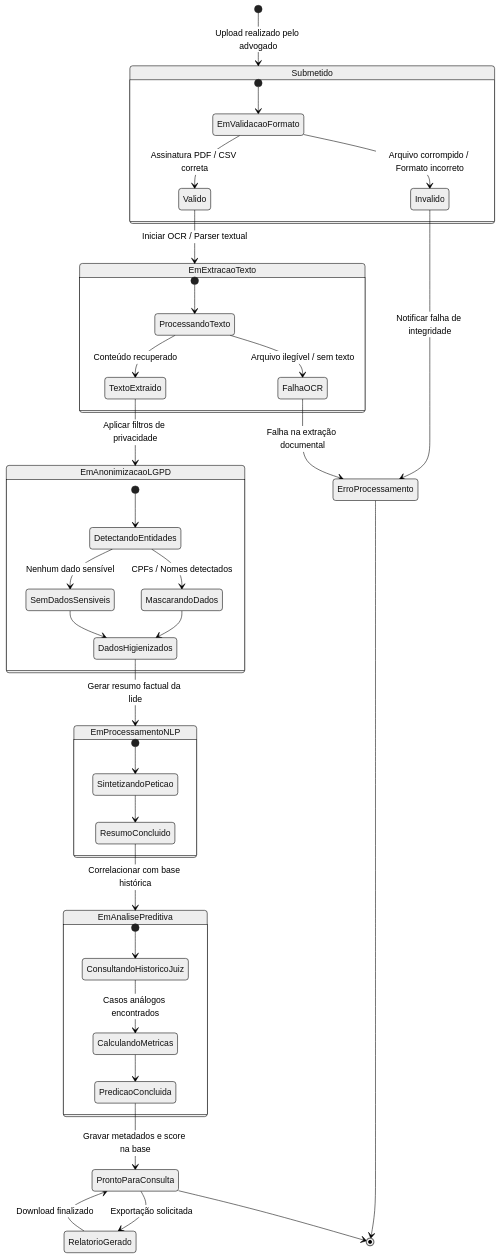
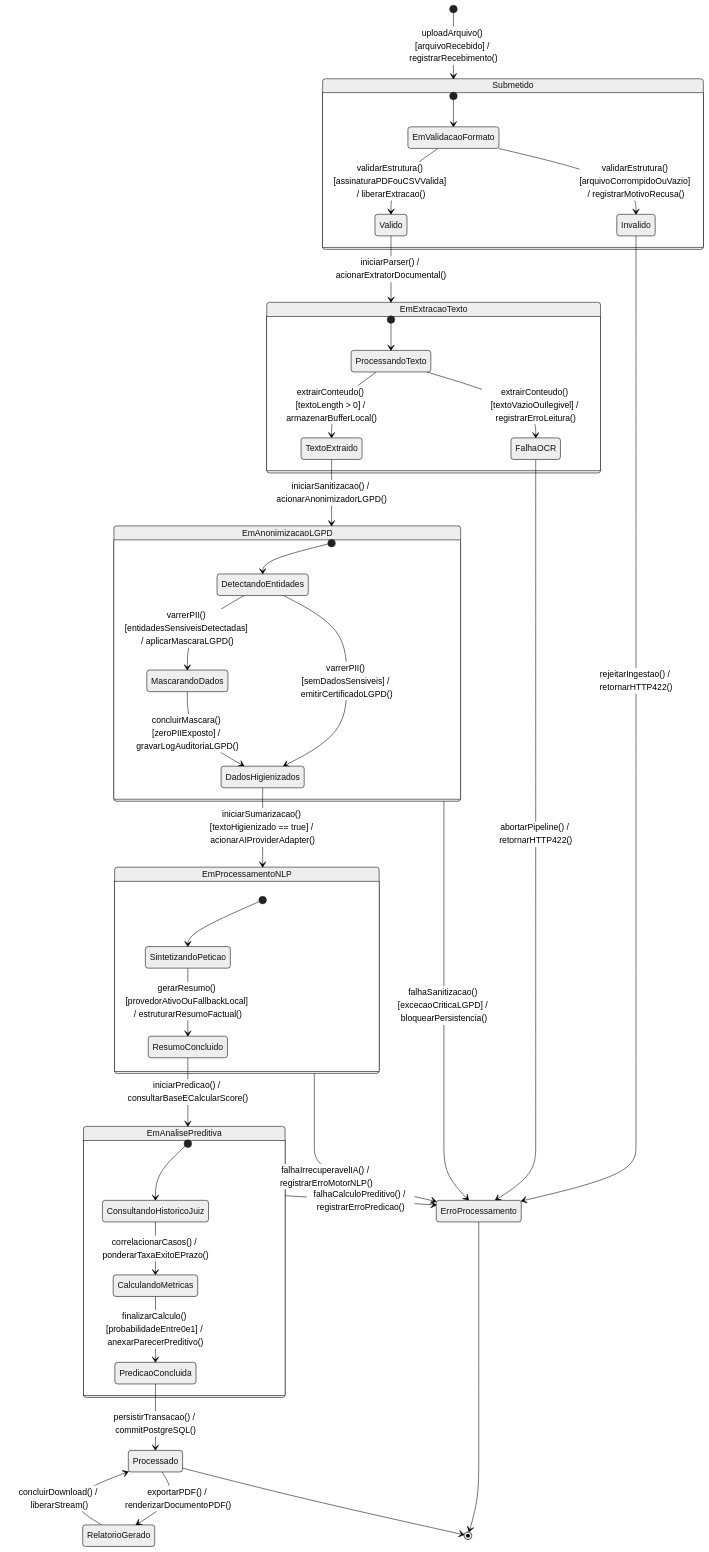
The fourth of 4 diagrams in docs/MODELING.md (g4brielsiq/JuriVision), drawn with Mermaid (neutral theme) before and after one commit. The commit also changed other lines of this file and 8 other files, not shown here.

Commit message:
docs(arquitetura): consolidar baseline ISO 42010, IRP ISO 29148, UML 2.5 e auditoria UX/WCAG

````diff
--- a/docs/MODELING.md
+++ b/docs/MODELING.md
@@ -221,55 +270,60 @@
 ```mermaid
 stateDiagram-v2
-    [*] --> Submetido : Upload realizado pelo advogado
+    [*] --> Submetido : uploadArquivo() [arquivoRecebido] / registrarRecebimento()
 
     state Submetido {
         [*] --> EmValidacaoFormato
-        EmValidacaoFormato --> Valido : Assinatura PDF / CSV correta
-        EmValidacaoFormato --> Invalido : Arquivo corrompido / Formato incorreto
+        EmValidacaoFormato --> Valido : validarEstrutura() [assinaturaPDFouCSVValida] / liberarExtracao()
+        EmValidacaoFormato --> Invalido : validarEstrutura() [arquivoCorrompidoOuVazio] / registrarMotivoRecusa()
     }
 
-    Invalido --> ErroProcessamento : Notificar falha de integridade
-    ErroProcessamento --> [*]
+    Invalido --> ErroProcessamento : rejeitarIngestao() / retornarHTTP422()
 
-    Valido --> EmExtracaoTexto : Iniciar OCR / Parser textual
+    Valido --> EmExtracaoTexto : iniciarParser() / acionarExtratorDocumental()
     
     state EmExtracaoTexto {
         [*] --> ProcessandoTexto
-        ProcessandoTexto --> TextoExtraido : Conteúdo recuperado
-        ProcessandoTexto --> FalhaOCR : Arquivo ilegível / sem texto
+        ProcessandoTexto --> TextoExtraido : extrairConteudo() [textoLength > 0] / armazenarBufferLocal()
+        ProcessandoTexto --> FalhaOCR : extrairConteudo() [textoVazioOuIlegivel] / registrarErroLeitura()
     }
 
-    FalhaOCR --> ErroProcessamento : Falha na extração documental
+    FalhaOCR --> ErroProcessamento : abortarPipeline() / retornarHTTP422()
 
-    TextoExtraido --> EmAnonimizacaoLGPD : Aplicar filtros de privacidade
+    TextoExtraido --> EmAnonimizacaoLGPD : iniciarSanitizacao() / acionarAnonimizadorLGPD()
     
     state EmAnonimizacaoLGPD {
         [*] --> DetectandoEntidades
-        DetectandoEntidades --> MascarandoDados : CPFs / Nomes detectados
-        DetectandoEntidades --> SemDadosSensiveis : Nenhum dado sensível
-        MascarandoDados --> DadosHigienizados
-        SemDadosSensiveis --> DadosHigienizados
+        DetectandoEntidades --> MascarandoDados : varrerPII() [entidadesSensiveisDetectadas] / aplicarMascaraLGPD()
+        DetectandoEntidades --> DadosHigienizados : varrerPII() [semDadosSensiveis] / emitirCertificadoLGPD()
+        MascarandoDados --> DadosHigienizados : concluirMascara() [zeroPIIExposto] / gravarLogAuditoriaLGPD()
     }
 
-    DadosHigienizados --> EmProcessamentoNLP : Gerar resumo factual da lide
+    EmAnonimizacaoLGPD --> ErroProcessamento : falhaSanitizacao() [excecaoCriticaLGPD] / bloquearPersistencia()
+
+    DadosHigienizados --> EmProcessamentoNLP : iniciarSumarizacao() [textoHigienizado == true] / acionarAIProviderAdapter()
 
     state EmProcessamentoNLP {
         [*] --> SintetizandoPeticao
-        SintetizandoPeticao --> ResumoConcluido
+        SintetizandoPeticao --> ResumoConcluido : gerarResumo() [provedorAtivoOuFallbackLocal] / estruturarResumoFactual()
     }
 
-    ResumoConcluido --> EmAnalisePreditiva : Correlacionar com base histórica
+    EmProcessamentoNLP --> ErroProcessamento : falhaIrrecuperavelIA() / registrarErroMotorNLP()
+
+    ResumoConcluido --> EmAnalisePreditiva : iniciarPredicao() / consultarBaseECalcularScore()
 
     state EmAnalisePreditiva {
         [*] --> ConsultandoHistoricoJuiz
-        ConsultandoHistoricoJuiz --> CalculandoMetricas : Casos análogos encontrados
-        CalculandoMetricas --> PredicaoConcluida
+        ConsultandoHistoricoJuiz --> CalculandoMetricas : correlacionarCasos() / ponderarTaxaExitoEPrazo()
+        CalculandoMetricas --> PredicaoConcluida : finalizarCalculo() [probabilidadeEntre0e1] / anexarParecerPreditivo()
     }
 
-    PredicaoConcluida --> ProntoParaConsulta : Gravar metadados e score na base
+    EmAnalisePreditiva --> ErroProcessamento : falhaCalculoPreditivo() / registrarErroPredicao()
+
+    PredicaoConcluida --> Processado : persistirTransacao() / commitPostgreSQL()
     
-    ProntoParaConsulta --> RelatorioGerado : Exportação solicitada
-    RelatorioGerado --> ProntoParaConsulta : Download finalizado
+    Processado --> RelatorioGerado : exportarPDF() / renderizarDocumentoPDF()
+    RelatorioGerado --> Processado : concluirDownload() / liberarStream()
 
-    ProntoParaConsulta --> [*]
+    ErroProcessamento --> [*]
+    Processado --> [*]
 ```
````
